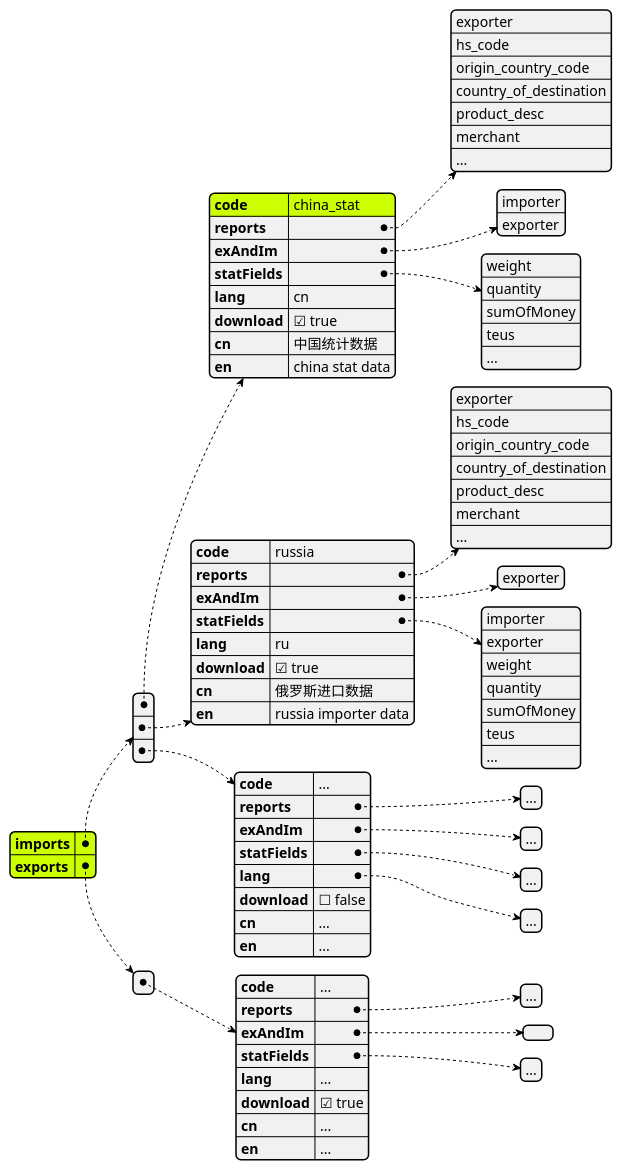
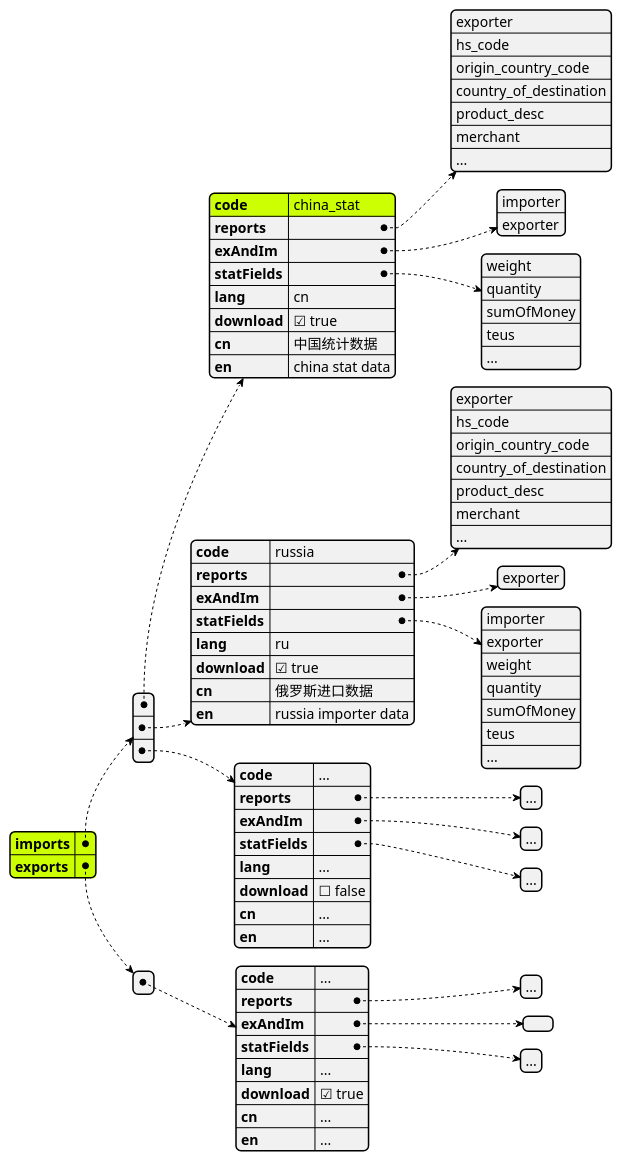
The diagram in plantuml/tradec/ds_config.puml (lwpk110/tendata-assets), drawn with PlantUML before and after one commit. The commit also changed 4 other files, not shown here.

```diff
--- a/plantuml/tradec/ds_config.puml
+++ b/plantuml/tradec/ds_config.puml
@@ -1,118 +1,118 @@
 @startjson
 ' <style>
 ' jsonDiagram {
 '   node {
 '     BackGroundColor Khaki
 '     LineColor lightblue
 '     FontName Helvetica
 '     FontColor red
 '     FontSize 18
 '     FontStyle bold
 '     RoundCorner 0
 '     LineThickness 2
 '     LineStyle 10;5
 '     separator {
 '       LineThickness 0.5
 '       LineColor black
 '       LineStyle 1;5
 '     }
 '   }
 '   arrow {
 '     BackGroundColor lightblue
 '     LineColor green
 '     LineThickness 2
 '     LineStyle 2;5
 '   }
 '   highlight {
 '     BackGroundColor red
 '     FontColor white
 '     FontStyle italic
 '   }
 ' }
 ' </style>
 #highlight "imports"
 #highlight "imports" / "0" / "code" 
 #highlight "exports"
 ' #highlight "address" / "city"
 ' #highlight "phoneNumbers" / "0" / "number"
 {
 	"imports": [{
 			"code": "china_stat",
 			"reports": [
 				"exporter",
 				"hs_code",
 				"origin_country_code",
 				"country_of_destination",
 				"product_desc",
 				"merchant",
 				"..."
 			],
 			"exAndIm":[
 				"importer",
 				"exporter"
 				],
 			"statFields": [
 				"weight",
 				"quantity",
 				"sumOfMoney",
 				"teus",
 				"..."
 			],
 			"lang": "cn",
 			"download": true,
 			"cn":"中国统计数据",
 			"en":"china stat data"
 		},
 		{
 			"code": "russia",
 			"reports": [
 				"exporter",
 				"hs_code",
 				"origin_country_code",
 				"country_of_destination",
 				"product_desc",
 				"merchant",
 				"..."
 			],
 			"exAndIm":[
 				"exporter"
 				],
 			"statFields": [
 				"importer",
 				"exporter",
 				"weight",
 				"quantity",
 				"sumOfMoney",
 				"teus",
 				"..."
 			],
 			"lang": "ru",
 			"download": true,
 			"cn":"俄罗斯进口数据",
 			"en":"russia importer data"
 
 		},
 		{
 			"code": "...",
 			"reports": ["..."],
 			"exAndIm":["..."],
 			"statFields": ["..."],
-			"lang": ["..."],
+			"lang": "...",
 			"download": false,
 			"cn":"...",
 			"en":"..."
 
 		}
 	],
 	"exports": [{
 		"code": "...",
 		"reports": ["..."],
 		"exAndIm":[],
 		"statFields": ["..."],
 		"lang": "...",
 		"download": true,
 		"cn":"...",
 		"en":"..."
 	}]
 }
 @endjson
```
